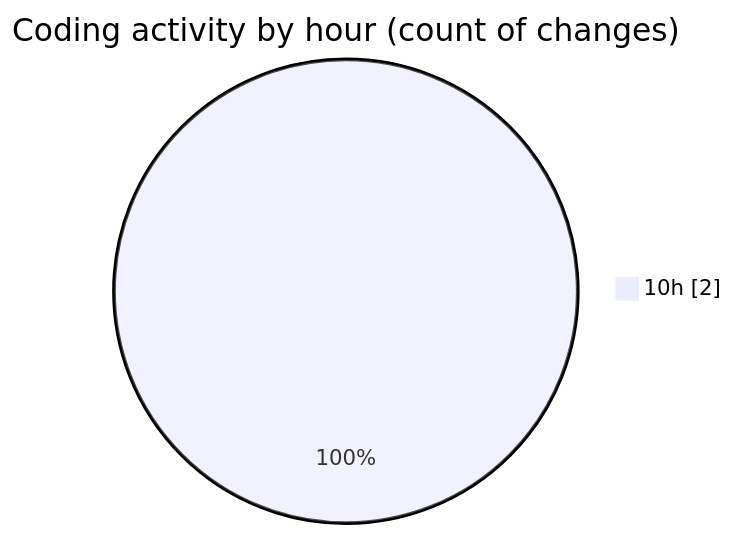
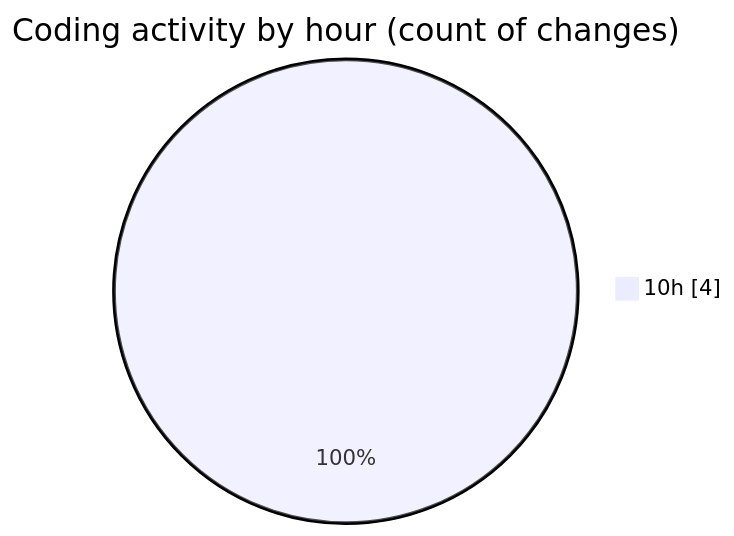
Before and after one commit to Elitesun/code-tracking: the second of 2 diagrams in 2025-03-26/elitesun/README.md, drawn with Mermaid. The commit also changed other lines of this file and 1 other file, not shown here.

````diff
--- a/2025-03-26/elitesun/README.md
+++ b/2025-03-26/elitesun/README.md
@@ -28,5 +28,5 @@
 ```mermaid
 pie showData
 title Coding activity by hour (count of changes)
-"10h" : 2
+"10h" : 4
 ```
````
